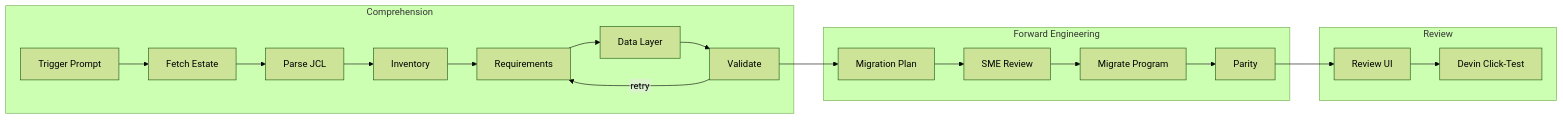
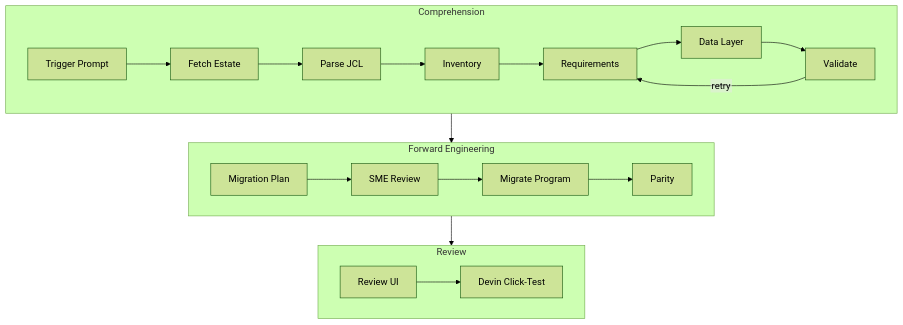
One commit to tedfoley-cog/cobol-batch-modernization-demo changed the diagram in README.md. Above: the diagram before and after it, drawn with Mermaid (forest theme). The commit also changed 3 other files, not shown here.

Commit message:
Polish flowchart and requirements table

````diff
--- a/README.md
+++ b/README.md
@@ -3,26 +3,29 @@
 ```mermaid
 %%{init: {'flowchart': {'htmlLabels': false}}}%%
-flowchart LR
+flowchart TB
   subgraph Comprehension
+    direction LR
     T[Trigger Prompt]
     F[Fetch Estate]
     P[Parse JCL]
     I[Inventory]
     R[Requirements]
     D[Data Layer]
     V[Validate]
   end
   subgraph ForwardEngineering[Forward Engineering]
+    direction LR
     M[Migration Plan]
     S[SME Review]
     C[Migrate Program]
     H[Parity]
   end
   subgraph Review
+    direction LR
     U[Review UI]
     X[Devin Click-Test]
   end
   T --> F --> P --> I --> R --> D --> V
   V -->|retry| R
   V --> M --> S --> C --> H --> U --> X
 ```
````
